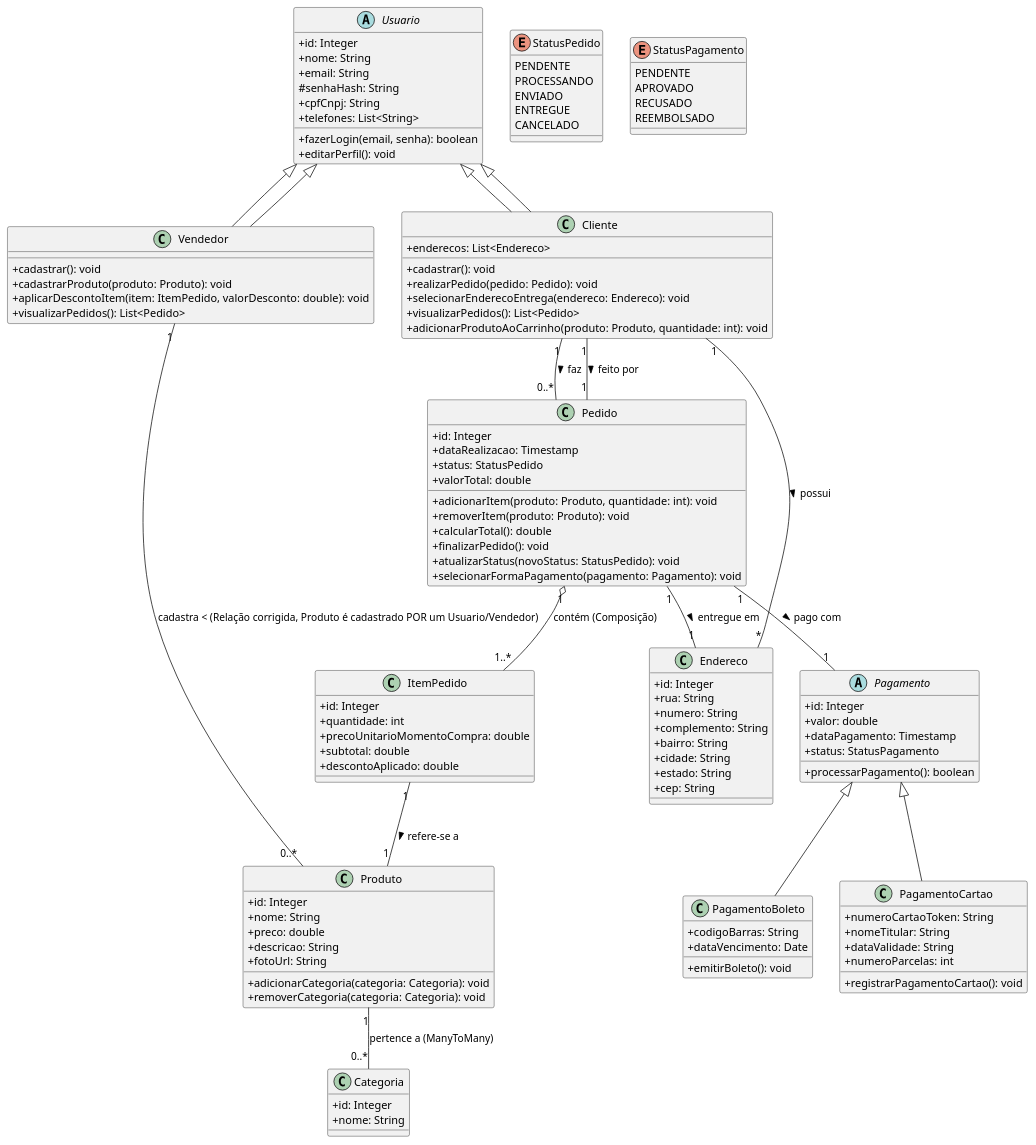
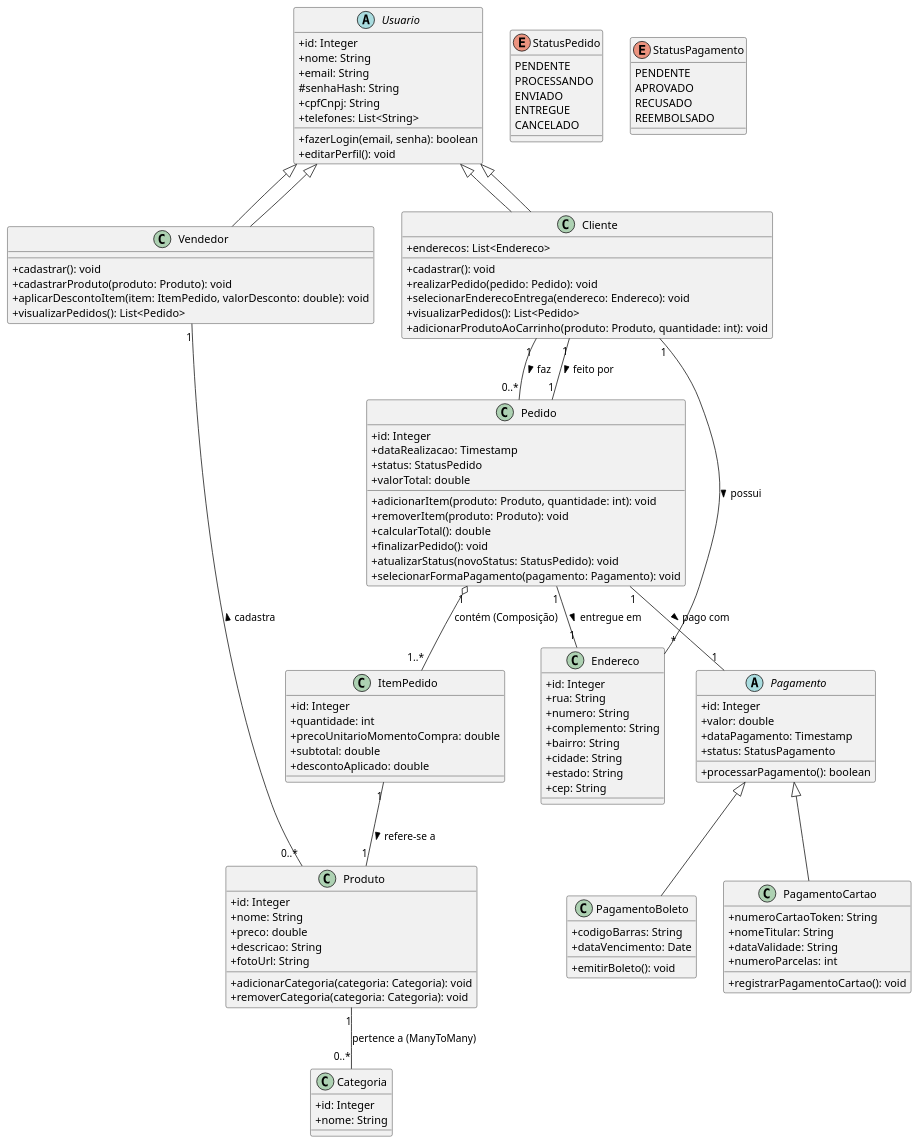
The diagram in README.md (guiperlasca/CliqCompra), drawn with PlantUML before and after one commit. The commit also changed other lines of this file, not shown here.

```diff
--- a/README.md
+++ b/README.md
@@ -209,7 +139,7 @@
 
 Cliente "1" -- "*" Endereco : possui >
 Cliente "1" -- "0..*" Pedido : faz >
-Vendedor "1" -- "0..*" Produto : cadastra < (Relação corrigida, Produto é cadastrado POR um Usuario/Vendedor)
+Vendedor "1" -- "0..*" Produto : cadastra <
 ' Ou melhor: Usuario "1" -- "0..*" Produto : cadastra > (Produto tem um ManyToOne para Usuario)
 
 Pedido "1" -- "1" Cliente : feito por <
```
